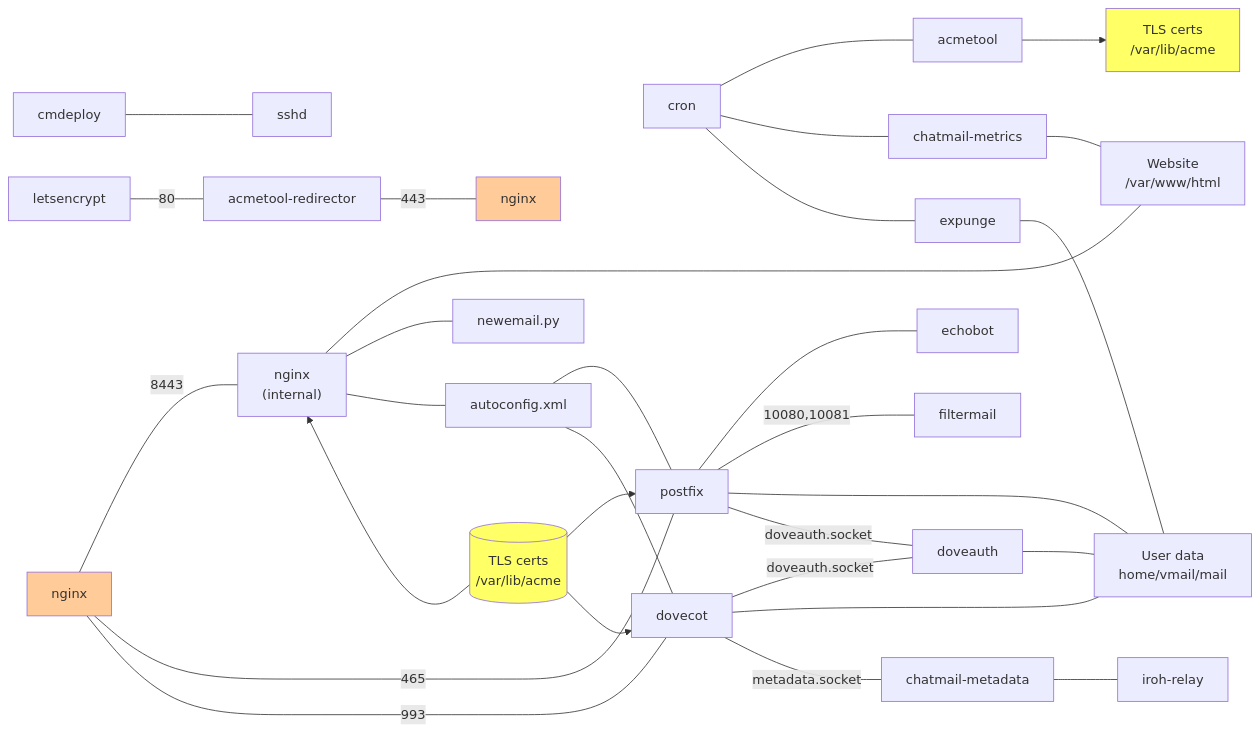
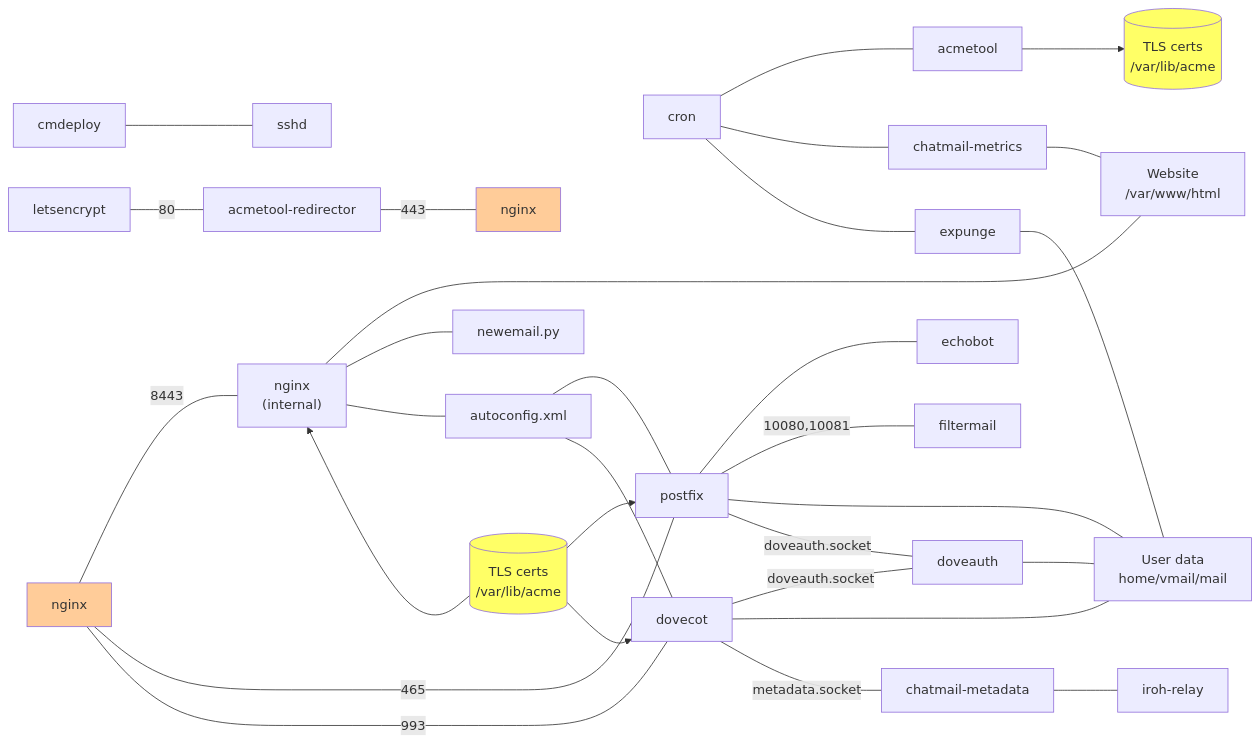
One commit to cliffmccarthy/chatmail-relay changed the diagram in ARCHITECTURE.md. Above: the diagram before and after it, drawn with Mermaid.

Commit message:
more certs in a can

````diff
--- a/ARCHITECTURE.md
+++ b/ARCHITECTURE.md
@@ -4,41 +4,41 @@
 ```mermaid
 graph LR;
     cmdeploy --- sshd;
     letsencrypt --- |80|acmetool-redirector;
     acmetool-redirector --- |443|nginx-right[nginx];
     nginx --- |8443|nginx-internal["`nginx
     (internal)`"];
     nginx-internal --- website["`Website
     /var/www/html`"];
     nginx-internal --- newemail.py;
     nginx-internal --- autoconfig.xml;
     nginx-internal ~~~ certs-nginx[("`TLS certs
     /var/lib/acme`")] --> nginx-internal;
     cron --- acmetool;
     cron --- chatmail-metrics;
     cron --- expunge;
     chatmail-metrics --- website;
-    acmetool --> certs["`TLS certs
-    /var/lib/acme`"];
+    acmetool --> certs[("`TLS certs
+    /var/lib/acme`")];
     nginx --- |465|postfix;
     nginx --- |993|dovecot;
     autoconfig.xml --- postfix;
     autoconfig.xml --- dovecot;
     postfix --- echobot;
     postfix --- |10080,10081|filtermail;
     postfix --- users["`User data
     home/vmail/mail`"];
     postfix --- |doveauth.socket|doveauth;
     dovecot --- |doveauth.socket|doveauth;
     dovecot --- users;
     dovecot --- |metadata.socket|chatmail-metadata;
     doveauth --- users;
     expunge --- users;
     chatmail-metadata --- iroh-relay;
     certs-nginx --> postfix;
     certs-nginx --> dovecot;
     style certs fill:#ff6;
     style certs-nginx fill:#ff6;
     style nginx fill:#fc9;
     style nginx-right fill:#fc9;
 ```
````
